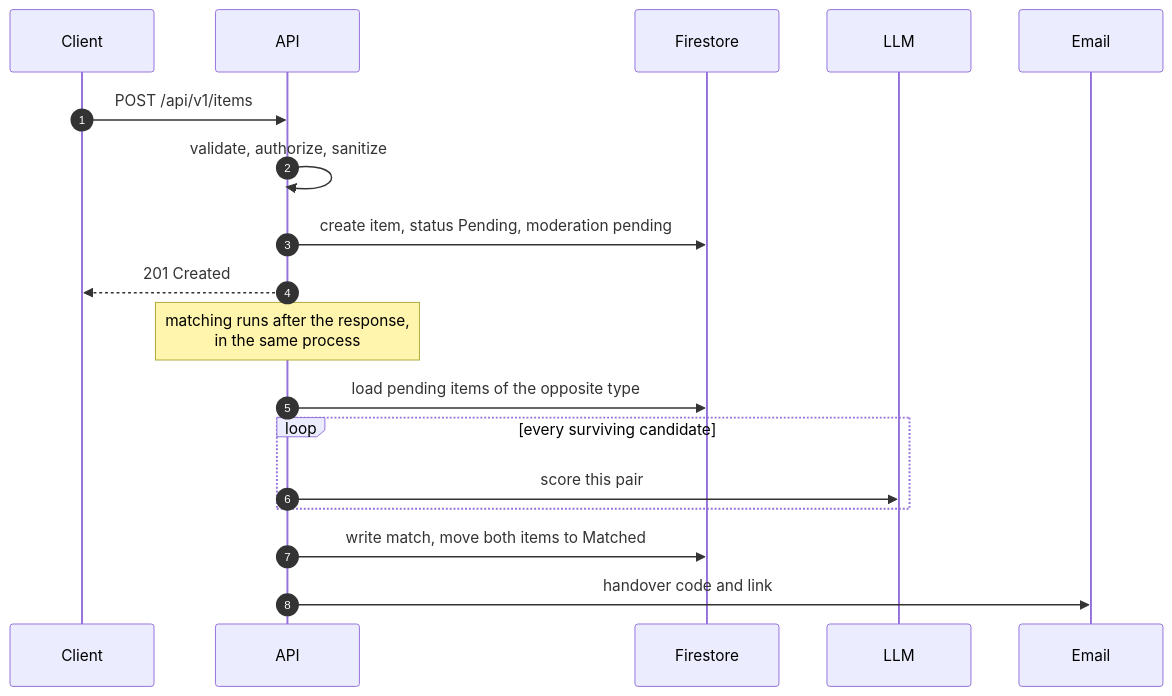
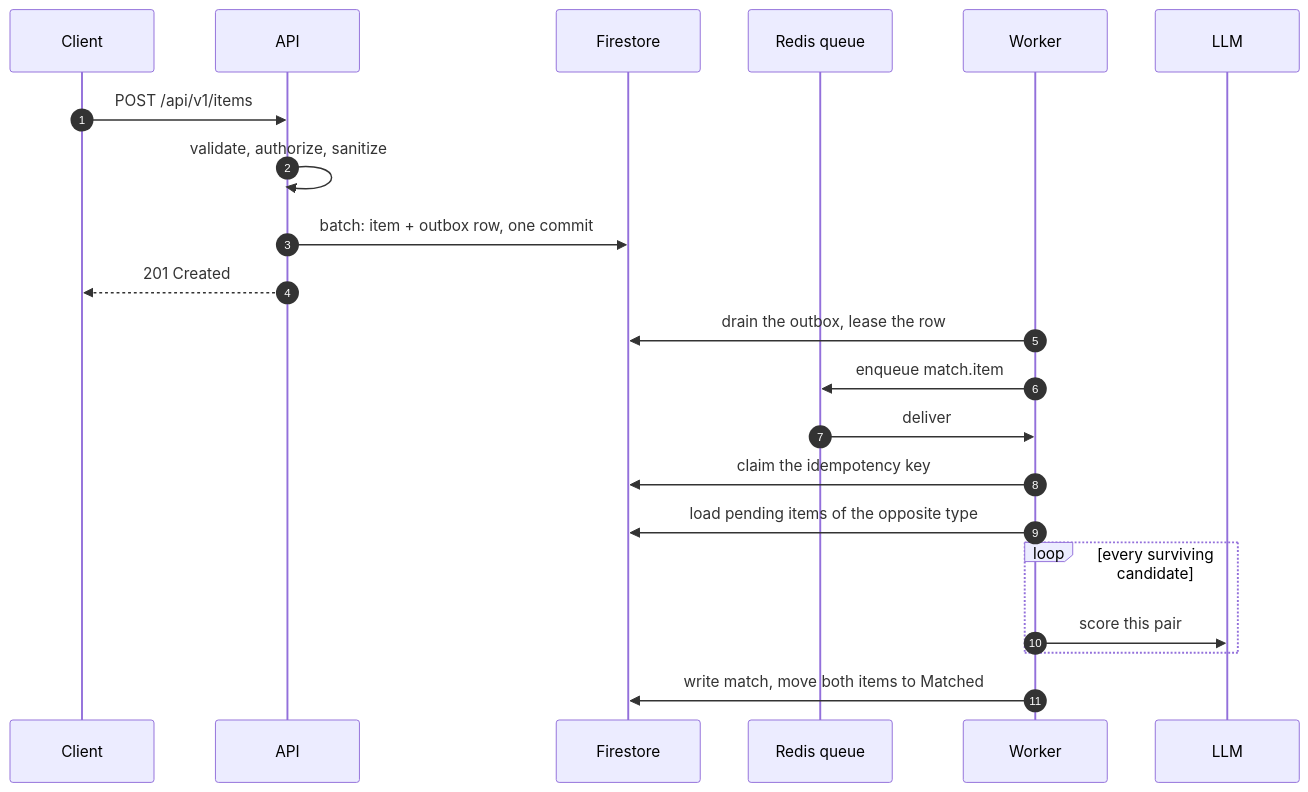
Before and after one commit to Vinay-R-S/ReClaim-AI: the second of 2 diagrams in docs/architecture/c4-container.md, drawn with Mermaid. The commit also changed other lines of this file and 47 other files, not shown here.

First line of the commit message:
feat: durable job queue, transactional outbox and tracing

````diff
--- a/docs/architecture/c4-container.md
+++ b/docs/architecture/c4-container.md
@@ -79,21 +80,24 @@
 ```mermaid
 sequenceDiagram
     autonumber
     participant C as Client
     participant A as API
     participant F as Firestore
+    participant Q as Redis queue
+    participant W as Worker
     participant L as LLM
-    participant M as Email
 
     C->>A: POST /api/v1/items
     A->>A: validate, authorize, sanitize
-    A->>F: create item, status Pending, moderation pending
+    A->>F: batch: item + outbox row, one commit
     A-->>C: 201 Created
-    Note over A: matching runs after the response,<br/>in the same process
-    A->>F: load pending items of the opposite type
+    W->>F: drain the outbox, lease the row
+    W->>Q: enqueue match.item
+    Q->>W: deliver
+    W->>F: claim the idempotency key
+    W->>F: load pending items of the opposite type
     loop every surviving candidate
-        A->>L: score this pair
+        W->>L: score this pair
     end
-    A->>F: write match, move both items to Matched
-    A->>M: handover code and link
+    W->>F: write match, move both items to Matched
 ```
````
